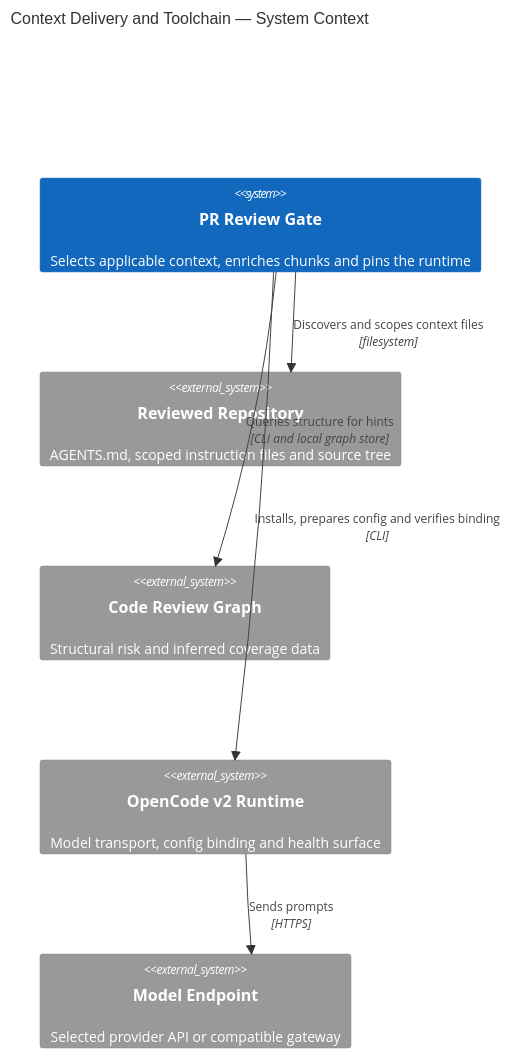
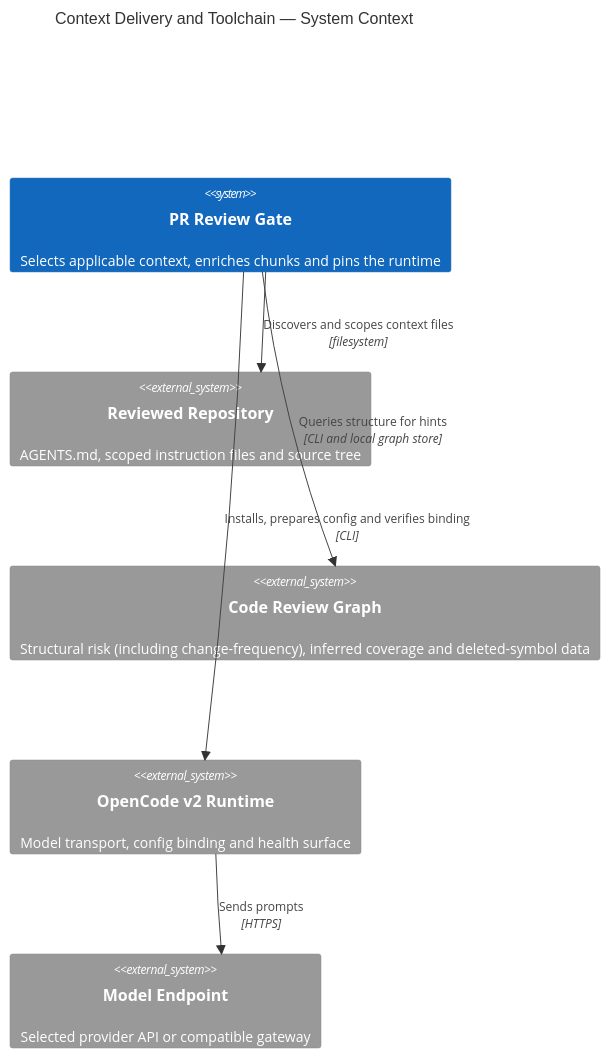
One commit to generic-automation-and-it/smooth-ai-report-review changed the first of 2 diagrams in docs/hlds/002-context-and-toolchain/diagrams/c4-context.md. Above: the diagram before and after it, drawn with Mermaid. The commit also changed 67 other files, not shown here.

First line of the commit message:
feat[256]: adopt code-review-graph review data into the gate (#257)

````diff
--- a/docs/hlds/002-context-and-toolchain/diagrams/c4-context.md
+++ b/docs/hlds/002-context-and-toolchain/diagrams/c4-context.md
@@ -11,15 +11,15 @@
 ```mermaid
 C4Context
     title Context Delivery and Toolchain — System Context
 
     System(gate, "PR Review Gate", "Selects applicable context, enriches chunks and pins the runtime")
     System_Ext(repo, "Reviewed Repository", "AGENTS.md, scoped instruction files and source tree")
-    System_Ext(graph, "Code Review Graph", "Structural risk and inferred coverage data")
+    System_Ext(graph, "Code Review Graph", "Structural risk (including change-frequency), inferred coverage and deleted-symbol data")
     System_Ext(runtime, "OpenCode v2 Runtime", "Model transport, config binding and health surface")
     System_Ext(model, "Model Endpoint", "Selected provider API or compatible gateway")
 
     Rel(gate, repo, "Discovers and scopes context files", "filesystem")
     Rel(gate, graph, "Queries structure for hints", "CLI and local graph store")
     Rel(gate, runtime, "Installs, prepares config and verifies binding", "CLI")
     Rel(runtime, model, "Sends prompts", "HTTPS")
 ```
````
